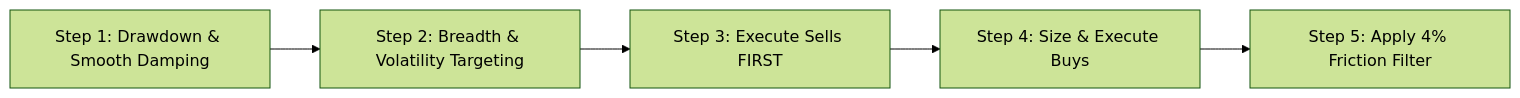
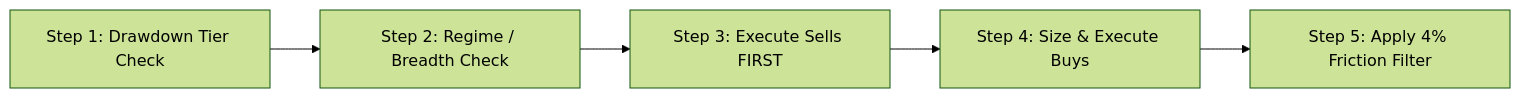
One commit to stonewell/quant_research changed the second of 2 diagrams in docs/ruleset/chan_four_state_blend/rules.md. Above: the diagram before and after it, drawn with Mermaid (forest theme). The commit also changed other lines of this file and 15 other files, not shown here.

````diff
--- a/docs/ruleset/chan_four_state_blend/rules.md
+++ b/docs/ruleset/chan_four_state_blend/rules.md
@@ -53,7 +33,7 @@
 ```mermaid
 flowchart LR
-    T1["Step 1: Drawdown & Smooth Damping"] --> T2["Step 2: Breadth & Volatility Targeting"]
+    T1["Step 1: Drawdown Tier Check"] --> T2["Step 2: Regime / Breadth Check"]
     T2 --> T3["Step 3: Execute Sells FIRST"]
     T3 --> T4["Step 4: Size & Execute Buys"]
     T4 --> T5["Step 5: Apply 4% Friction Filter"]
 ```
````
